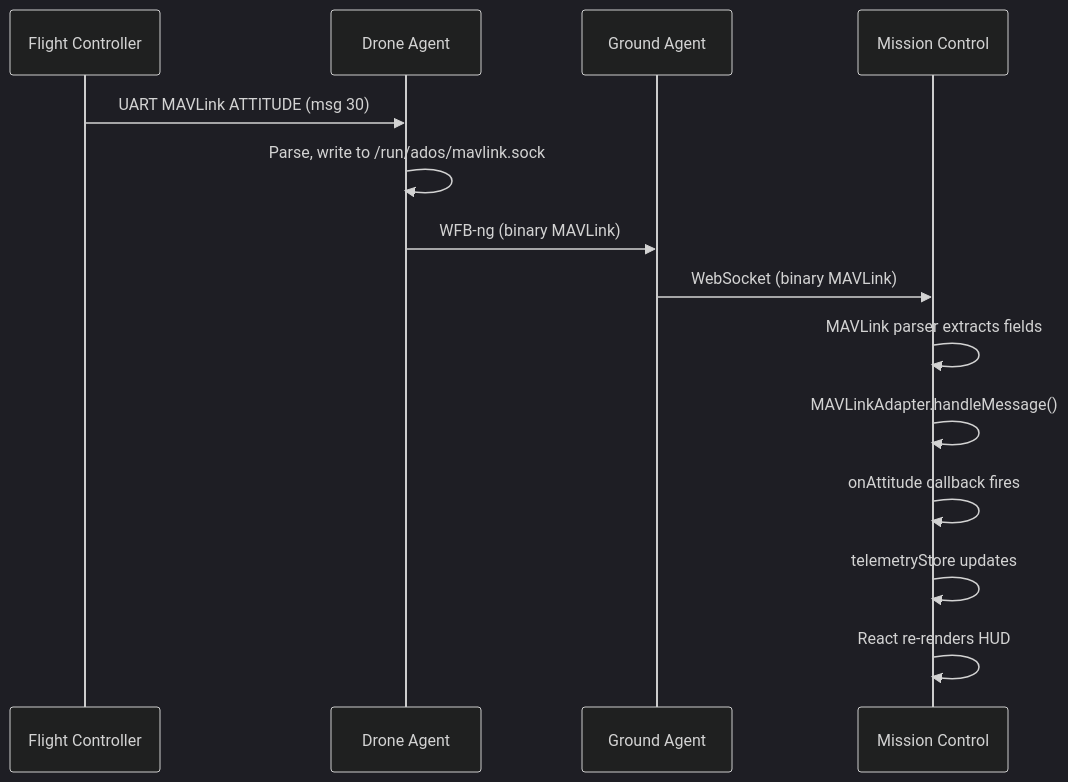
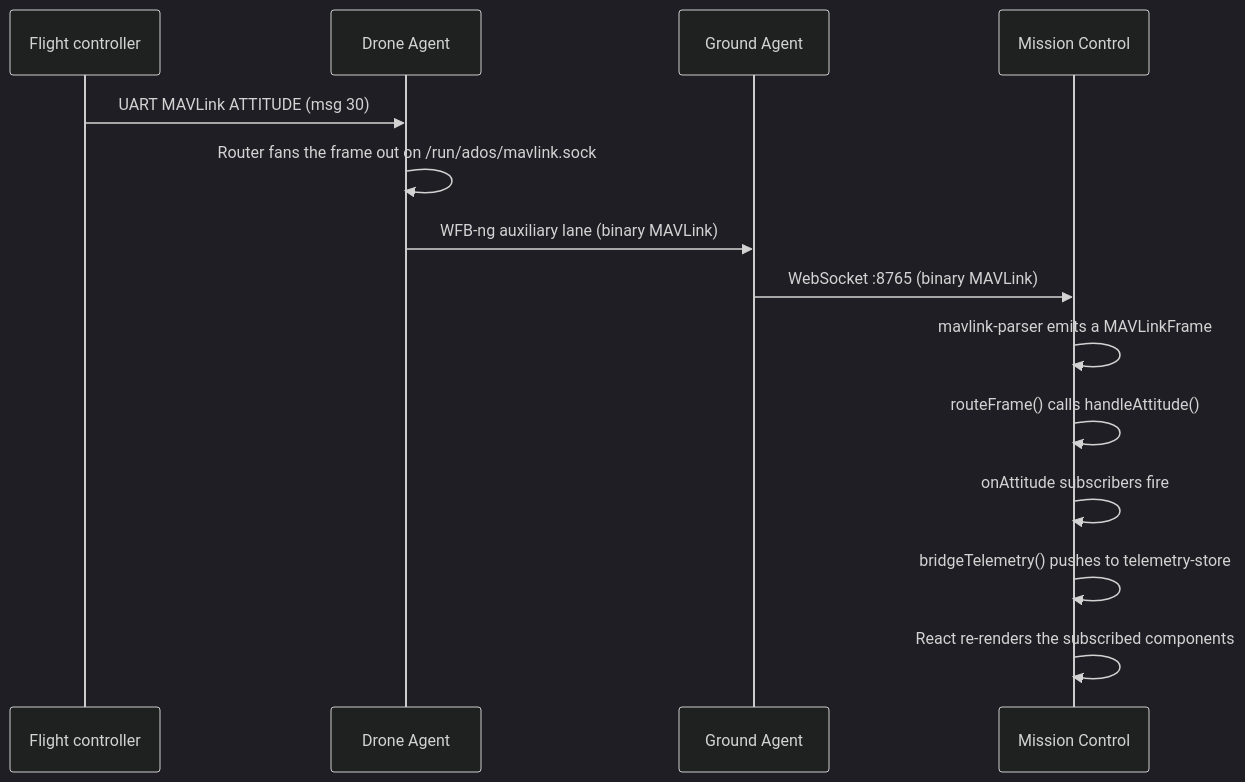
Before and after one commit to altnautica/Documentation: the diagram in architecture/mavlink-protocol.mdx, drawn with Mermaid. The commit also changed other lines of this file and 412 other files, not shown here.

````diff
--- a/architecture/mavlink-protocol.mdx
+++ b/architecture/mavlink-protocol.mdx
@@ -172,18 +146,18 @@
 ```mermaid
 %%{init: {'theme': 'dark'}}%%
 sequenceDiagram
-    participant FC as Flight Controller
+    participant FC as Flight controller
     participant Agent as Drone Agent
     participant GS as Ground Agent
     participant Browser as Mission Control
 
     FC->>Agent: UART MAVLink ATTITUDE (msg 30)
-    Agent->>Agent: Parse, write to /run/ados/mavlink.sock
-    Agent->>GS: WFB-ng (binary MAVLink)
-    GS->>Browser: WebSocket (binary MAVLink)
-    Browser->>Browser: MAVLink parser extracts fields
-    Browser->>Browser: MAVLinkAdapter.handleMessage()
-    Browser->>Browser: onAttitude callback fires
-    Browser->>Browser: telemetryStore updates
-    Browser->>Browser: React re-renders HUD
+    Agent->>Agent: Router fans the frame out on /run/ados/mavlink.sock
+    Agent->>GS: WFB-ng auxiliary lane (binary MAVLink)
+    GS->>Browser: WebSocket :8765 (binary MAVLink)
+    Browser->>Browser: mavlink-parser emits a MAVLinkFrame
+    Browser->>Browser: routeFrame() calls handleAttitude()
+    Browser->>Browser: onAttitude subscribers fire
+    Browser->>Browser: bridgeTelemetry() pushes to telemetry-store
+    Browser->>Browser: React re-renders the subscribed components
 ```
````
